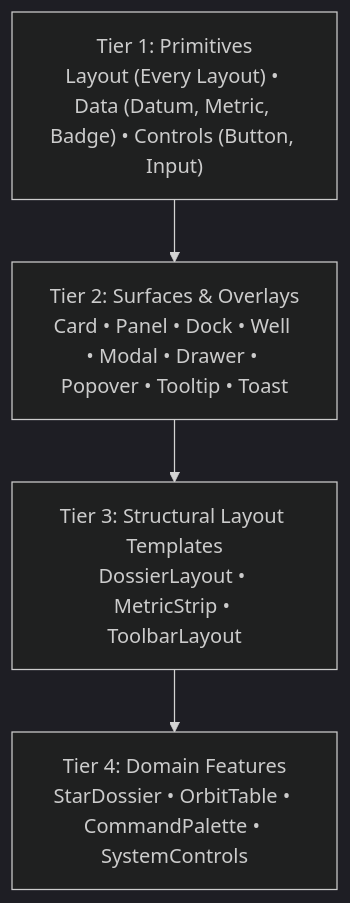
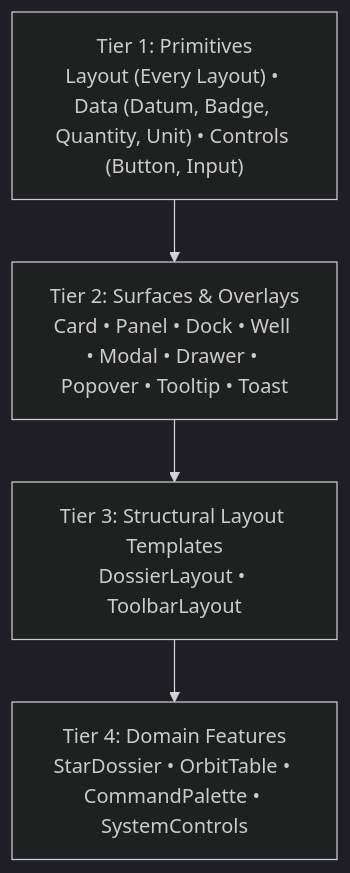
One commit to marcelkornblum/starmap changed the third of 3 diagrams in docs/design-system.md. Above: the diagram before and after it, drawn with Mermaid (dark theme). The commit also changed other lines of this file and 235 other files, not shown here.

````diff
--- a/docs/design-system.md
+++ b/docs/design-system.md
@@ -142,7 +142,7 @@
 ```mermaid
 flowchart TD
-    Tier1["Tier 1: Primitives\nLayout (Every Layout) • Data (Datum, Metric, Badge) • Controls (Button, Input)"]
+    Tier1["Tier 1: Primitives\nLayout (Every Layout) • Data (Datum, Badge, Quantity, Unit) • Controls (Button, Input)"]
     --> Tier2["Tier 2: Surfaces & Overlays\nCard • Panel • Dock • Well • Modal • Drawer • Popover • Tooltip • Toast"]
-    --> Tier3["Tier 3: Structural Layout Templates\nDossierLayout • MetricStrip • ToolbarLayout"]
+    --> Tier3["Tier 3: Structural Layout Templates\nDossierLayout • ToolbarLayout"]
     --> Tier4["Tier 4: Domain Features\nStarDossier • OrbitTable • CommandPalette • SystemControls"]
 ```
````
